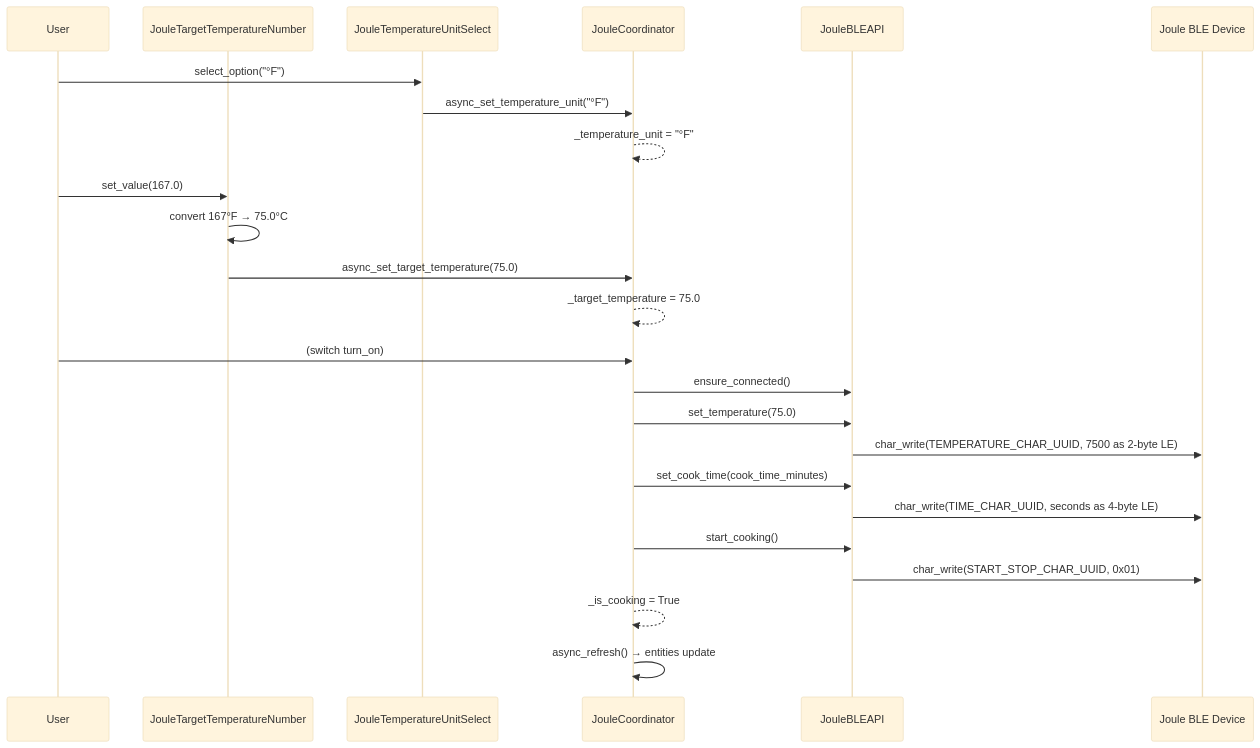
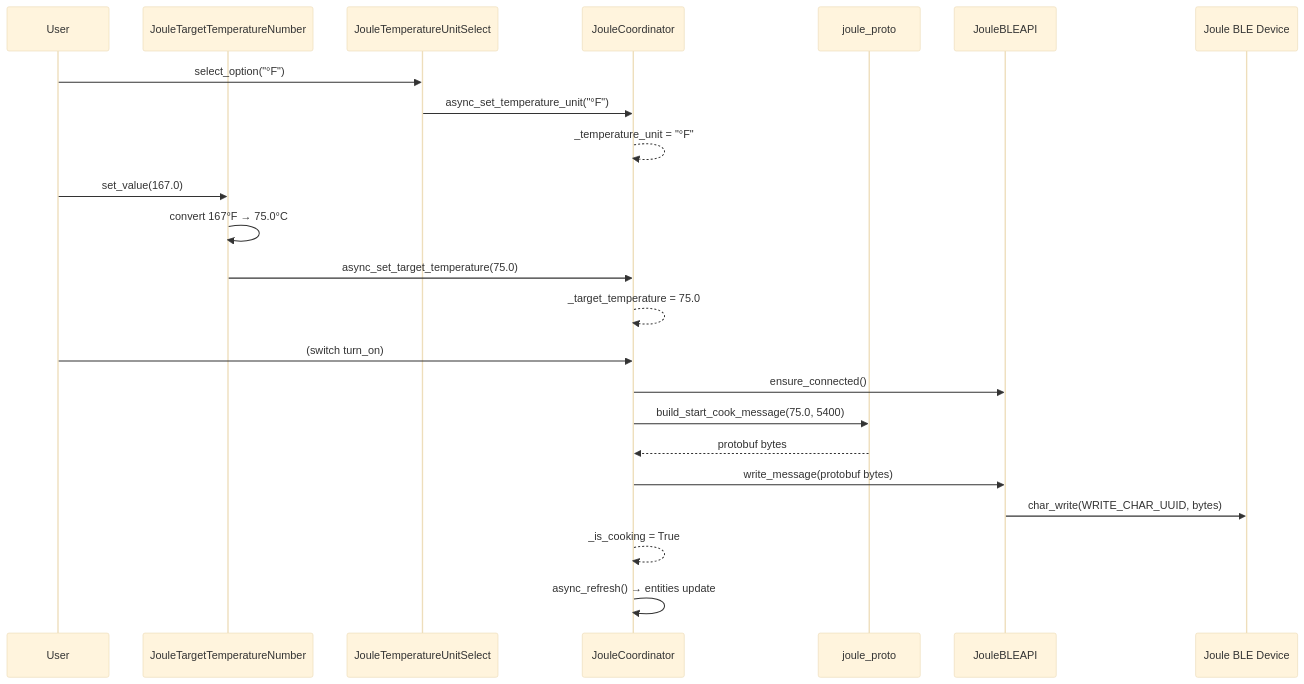
The second of 3 diagrams in architecture/README.md (domgregori/ha-joule), drawn with Mermaid (base theme) before and after one commit. The commit also changed other lines of this file and 12 other files, not shown here.

First line of the commit message:
Add protobuf message layer and real BLE UUIDs for Joule communication

````diff
--- a/architecture/README.md
+++ b/architecture/README.md
@@ -88,29 +91,28 @@
 ```mermaid
 sequenceDiagram
     participant User
     participant NUM as JouleTargetTemperatureNumber
     participant SEL as JouleTemperatureUnitSelect
     participant COORD as JouleCoordinator
+    participant PROTO as joule_proto
     participant BLE as JouleBLEAPI
     participant DEV as Joule BLE Device
 
     User->>SEL: select_option("°F")
     SEL->>COORD: async_set_temperature_unit("°F")
     COORD-->>COORD: _temperature_unit = "°F"
 
     User->>NUM: set_value(167.0)
     NUM->>NUM: convert 167°F → 75.0°C
     NUM->>COORD: async_set_target_temperature(75.0)
     COORD-->>COORD: _target_temperature = 75.0
 
     User->>COORD: (switch turn_on)
     COORD->>BLE: ensure_connected()
-    COORD->>BLE: set_temperature(75.0)
-    BLE->>DEV: char_write(TEMPERATURE_CHAR_UUID, 7500 as 2-byte LE)
-    COORD->>BLE: set_cook_time(cook_time_minutes)
-    BLE->>DEV: char_write(TIME_CHAR_UUID, seconds as 4-byte LE)
-    COORD->>BLE: start_cooking()
-    BLE->>DEV: char_write(START_STOP_CHAR_UUID, 0x01)
+    COORD->>PROTO: build_start_cook_message(75.0, 5400)
+    PROTO-->>COORD: protobuf bytes
+    COORD->>BLE: write_message(protobuf bytes)
+    BLE->>DEV: char_write(WRITE_CHAR_UUID, bytes)
     COORD-->>COORD: _is_cooking = True
     COORD->>COORD: async_refresh() → entities update
 ```
````
